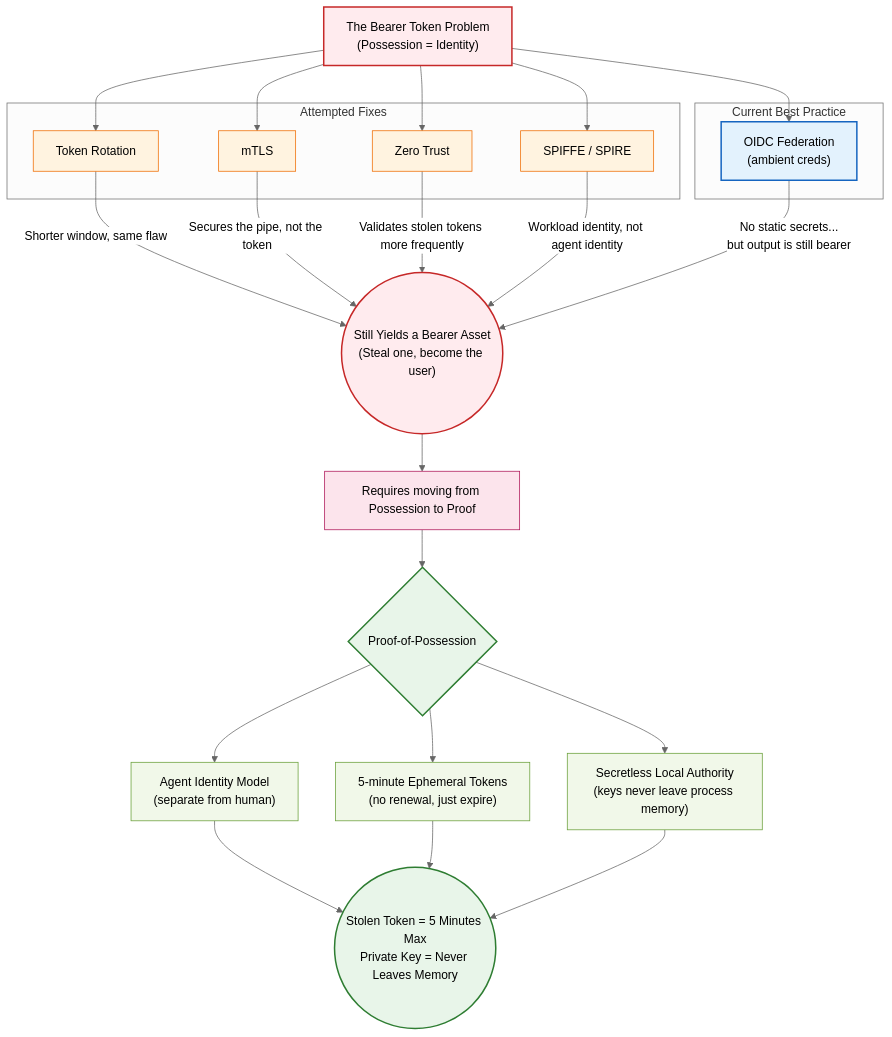
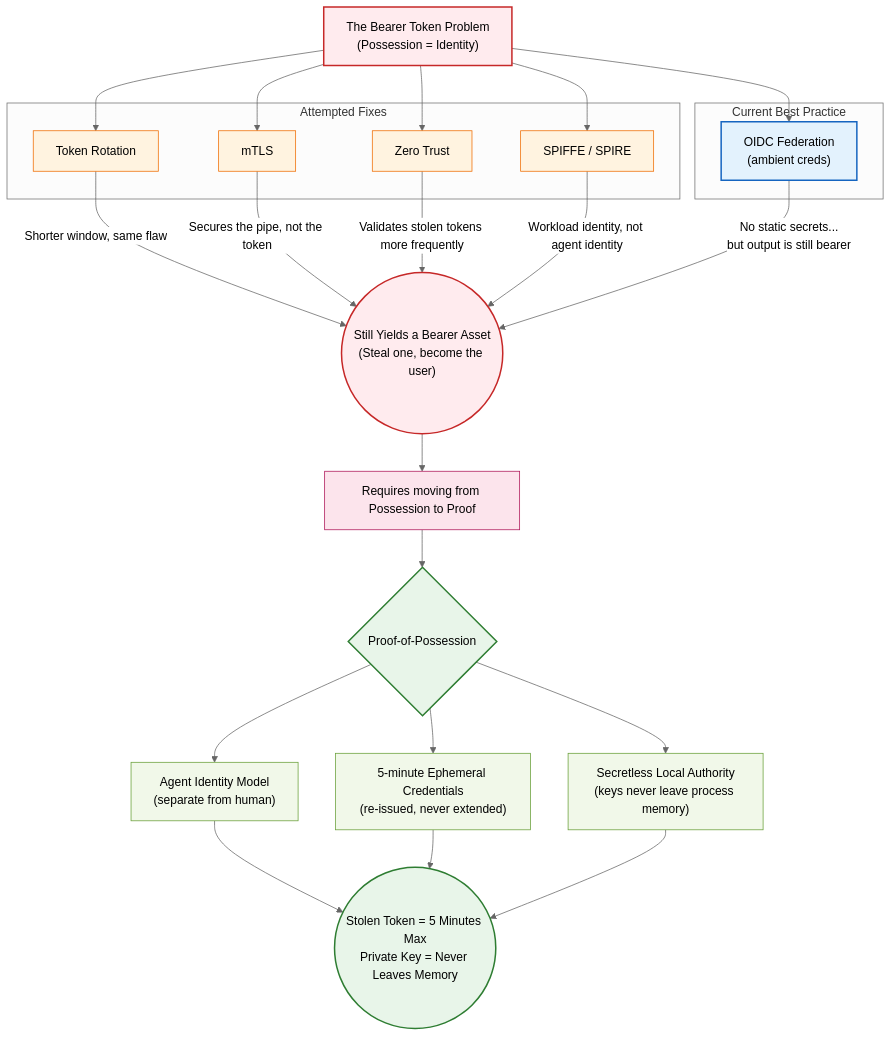
Before and after one commit to agentic-research/notme: the first of 3 diagrams in README.md, drawn with Mermaid (neutral theme). The commit also changed other lines of this file, not shown here.

First line of the commit message:
[notme-337d82] docs(readme): agents, machines and tasks — renewal, subtasks, revocation levers

````diff
--- a/README.md
+++ b/README.md
@@ -22,44 +22,44 @@
 ```mermaid
 graph TD
     classDef rootProblem fill:#ffebee,stroke:#c62828,stroke-width:2px,color:#000
     classDef bandAid fill:#fff3e0,stroke:#ef6c00,stroke-width:1px,color:#000
     classDef current fill:#e3f2fd,stroke:#1565c0,stroke-width:2px,color:#000
     classDef signet fill:#e8f5e9,stroke:#2e7d32,stroke-width:2px,color:#000
     classDef feature fill:#f1f8e9,stroke:#689f38,stroke-width:1px,color:#000
     classDef bridge fill:#fce4ec,stroke:#ad1457,stroke-width:1px,color:#000
 
     Root["The Bearer Token Problem<br/>(Possession = Identity)"]:::rootProblem
 
     subgraph StatusQuo ["Attempted Fixes"]
         TR["Token Rotation"]:::bandAid
         mTLS["mTLS"]:::bandAid
         ZT["Zero Trust"]:::bandAid
         SPIFFE["SPIFFE / SPIRE"]:::bandAid
     end
 
     subgraph Current ["Current Best Practice"]
         OIDC["OIDC Federation<br/>(ambient creds)"]:::current
     end
 
     Root --> TR & mTLS & ZT & SPIFFE
     Root --> OIDC
 
     TR -->|"Shorter window, same flaw"| Vuln
     mTLS -->|"Secures the pipe, not the token"| Vuln
     ZT -->|"Validates stolen tokens more frequently"| Vuln
     SPIFFE -->|"Workload identity, not agent identity"| Vuln
     OIDC -->|"No static secrets...<br/>but output is still bearer"| Vuln
 
     Vuln(("Still Yields a Bearer Asset<br/>(Steal one, become the user)")):::rootProblem
 
     Vuln --> Bridge["Requires moving from Possession to Proof"]:::bridge
     Bridge --> Signet
 
     Signet{"Proof-of-Possession"}:::signet
 
     Signet --> F1["Agent Identity Model<br/>(separate from human)"]:::feature
-    Signet --> F2["5-minute Ephemeral Tokens<br/>(no renewal, just expire)"]:::feature
+    Signet --> F2["5-minute Ephemeral Credentials<br/>(re-issued, never extended)"]:::feature
     Signet --> F3["Secretless Local Authority<br/>(keys never leave process memory)"]:::feature
 
     F1 & F2 & F3 --> End((Stolen Token = 5 Minutes Max<br/>Private Key = Never Leaves Memory)):::signet
 ```
````
